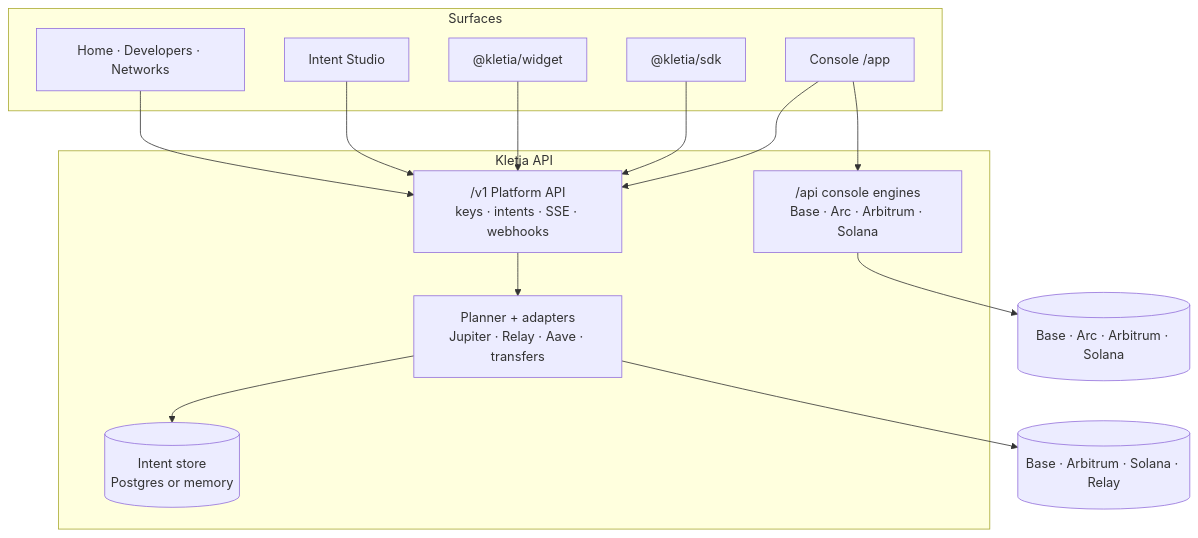
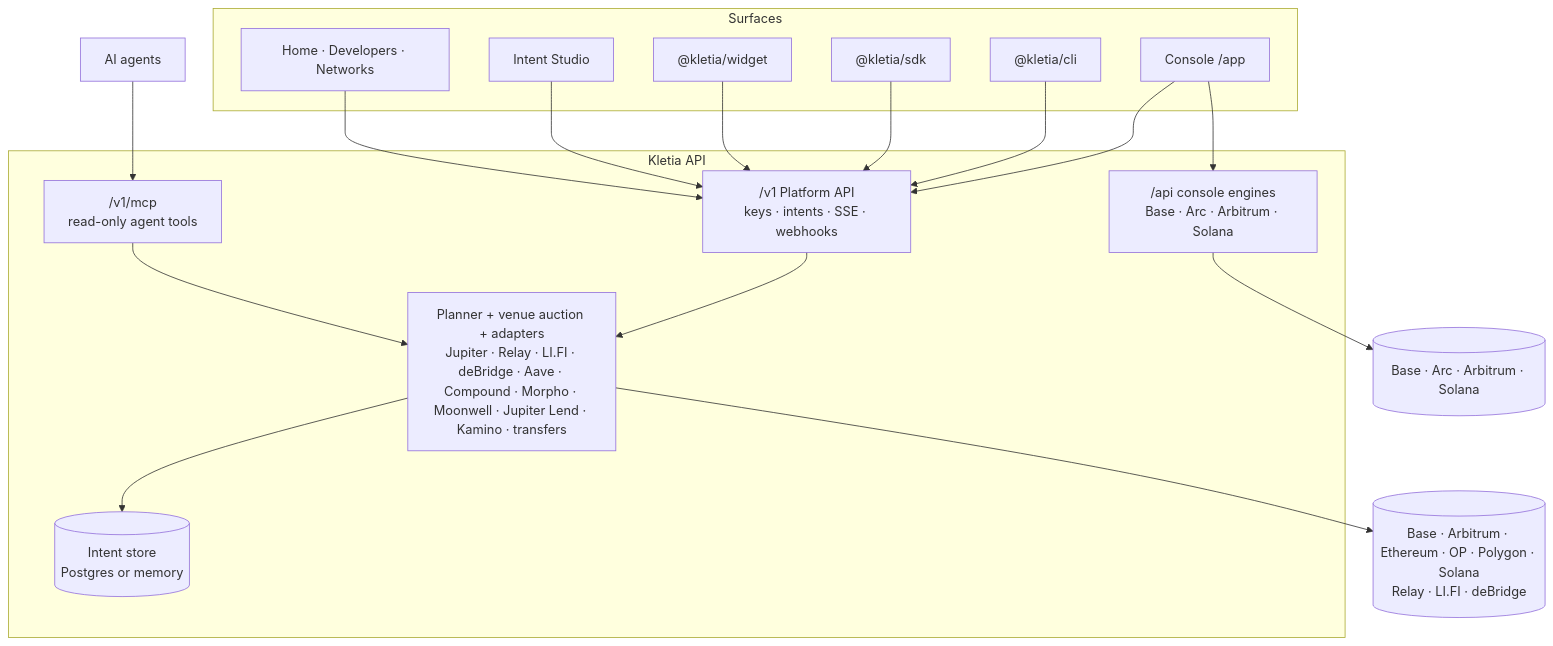
Before and after one commit to furkan3152/Kletia: the second of 2 diagrams in README.md, drawn with Mermaid. The commit also changed other lines of this file and 105 other files, not shown here.

First line of the commit message:
feat: Ethereum, OP and Polygon, more lending and bridge venues

````diff
--- a/README.md
+++ b/README.md
@@ -133,22 +145,25 @@
 ```mermaid
 flowchart TB
     subgraph Surfaces
       Site[Home · Developers · Networks]
       Console[Console /app]
       Studio[Intent Studio]
       Widget["@kletia/widget"]
       SDK["@kletia/sdk"]
+      CLI["@kletia/cli"]
     end
     subgraph API[Kletia API]
       V1["/v1 Platform API<br/>keys · intents · SSE · webhooks"]
-      Engine[Planner + adapters<br/>Jupiter · Relay · Aave · transfers]
+      MCP["/v1/mcp<br/>read-only agent tools"]
+      Engine[Planner + venue auction + adapters<br/>Jupiter · Relay · LI.FI · deBridge · Aave · Compound · Morpho · Moonwell · Jupiter Lend · Kamino · transfers]
       Store[(Intent store<br/>Postgres or memory)]
       AppApi["/api console engines<br/>Base · Arc · Arbitrum · Solana"]
     end
-    Site & Studio & Widget & SDK --> V1
+    Site & Studio & Widget & SDK & CLI --> V1
+    Agents[AI agents] --> MCP --> Engine
     Console --> V1
     Console --> AppApi
     V1 --> Engine --> Store
-    Engine --> Chains[(Base · Arbitrum · Solana · Relay)]
+    Engine --> Chains[(Base · Arbitrum · Ethereum · OP · Polygon · Solana<br/>Relay · LI.FI · deBridge)]
     AppApi --> Chains2[(Base · Arc · Arbitrum · Solana)]
 ```
````
